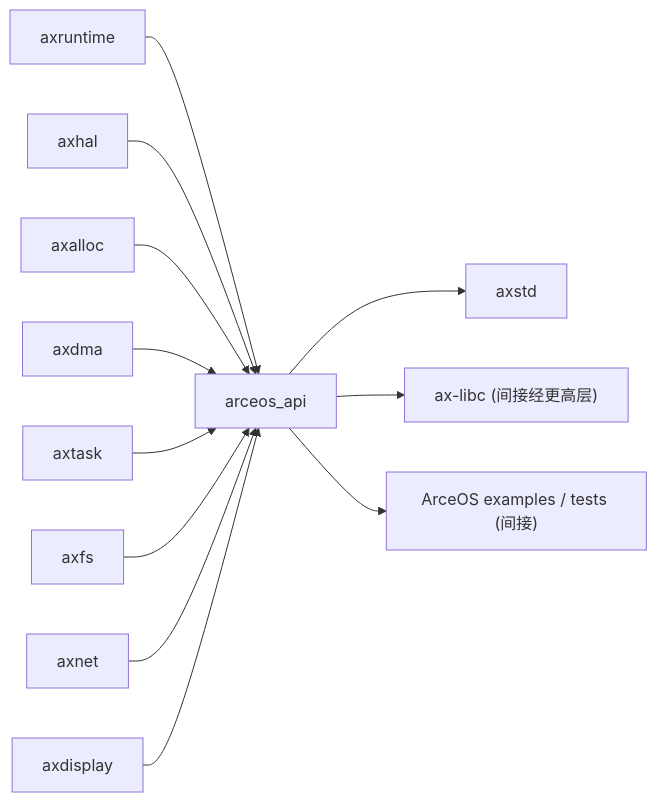
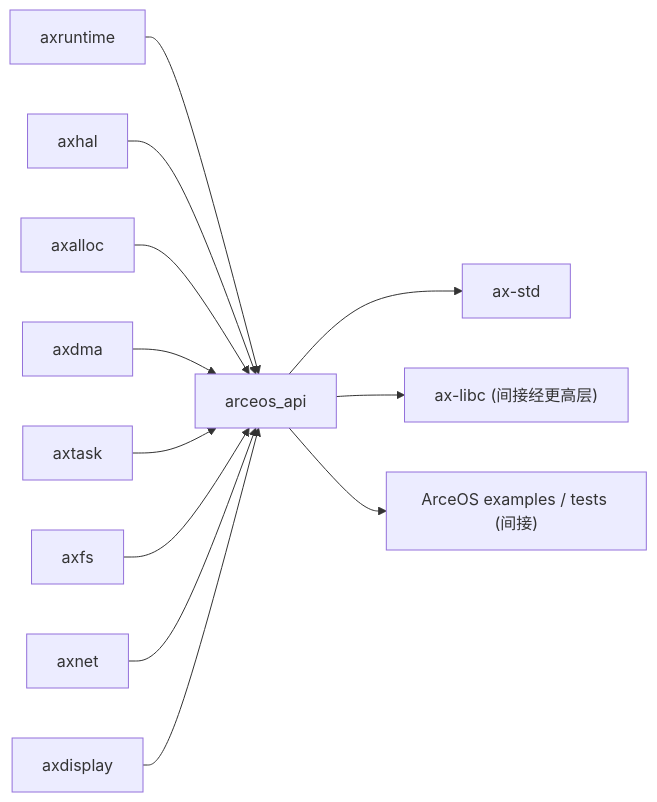
Before and after one commit to zKurisu/tgoskits: the diagram in docs/crates/arceos_api.md, drawn with Mermaid. The commit also changed other lines of this file and 153 other files, not shown here.

Commit message:
rename axstd to ax-std

````diff
--- a/docs/crates/arceos_api.md
+++ b/docs/crates/arceos_api.md
@@ -110,15 +110,15 @@
 ```mermaid
 graph LR
     axruntime["axruntime"] --> arceos_api["arceos_api"]
     axhal["axhal"] --> arceos_api
     axalloc["axalloc"] --> arceos_api
     axdma["axdma"] --> arceos_api
     axtask["axtask"] --> arceos_api
     axfs["axfs"] --> arceos_api
     axnet["axnet"] --> arceos_api
     axdisplay["axdisplay"] --> arceos_api
 
-    arceos_api --> axstd["axstd"]
+    arceos_api --> ax-std["ax-std"]
     arceos_api --> ax-libc["ax-libc (间接经更高层)"]
     arceos_api --> arceos_examples["ArceOS examples / tests (间接)"]
 ```
````
